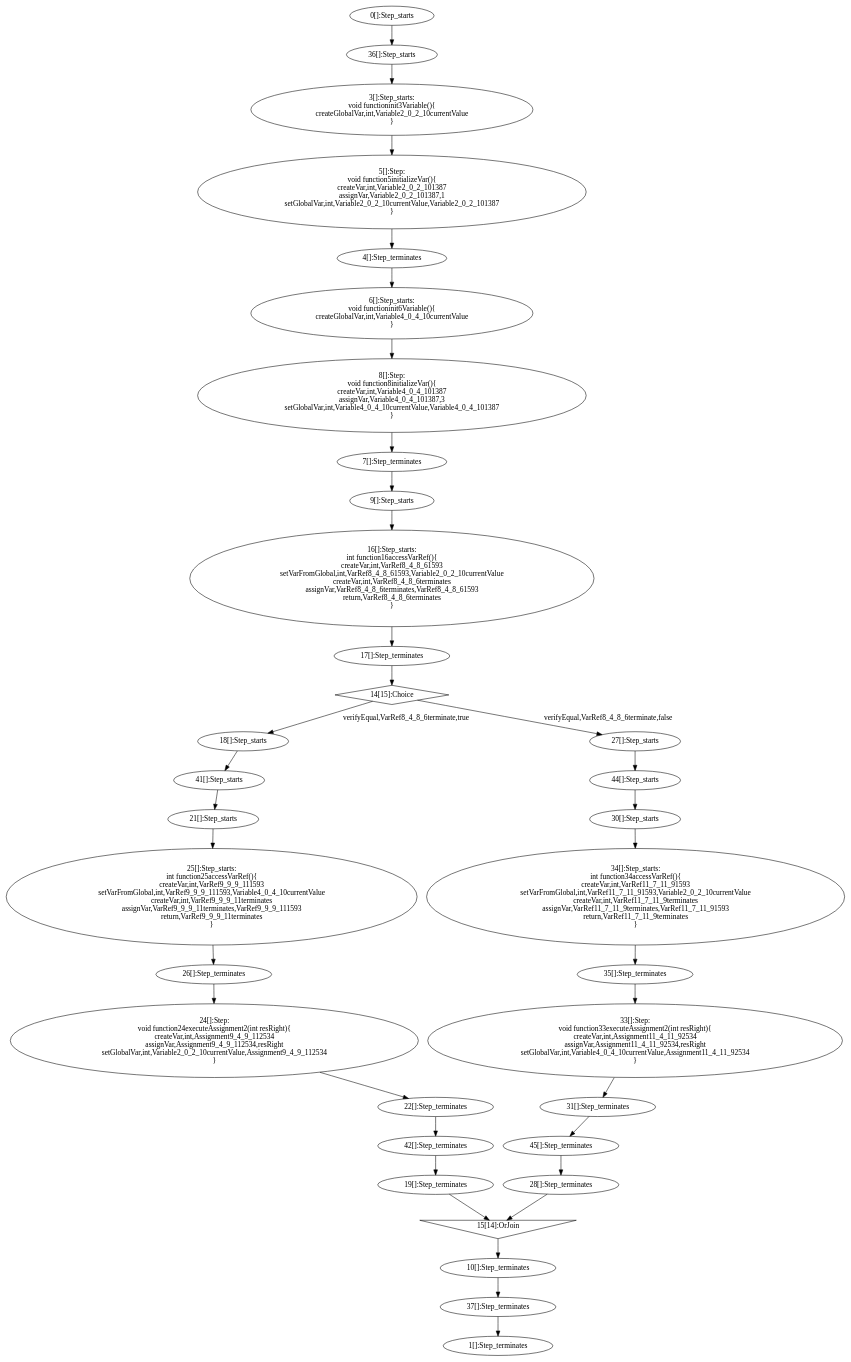
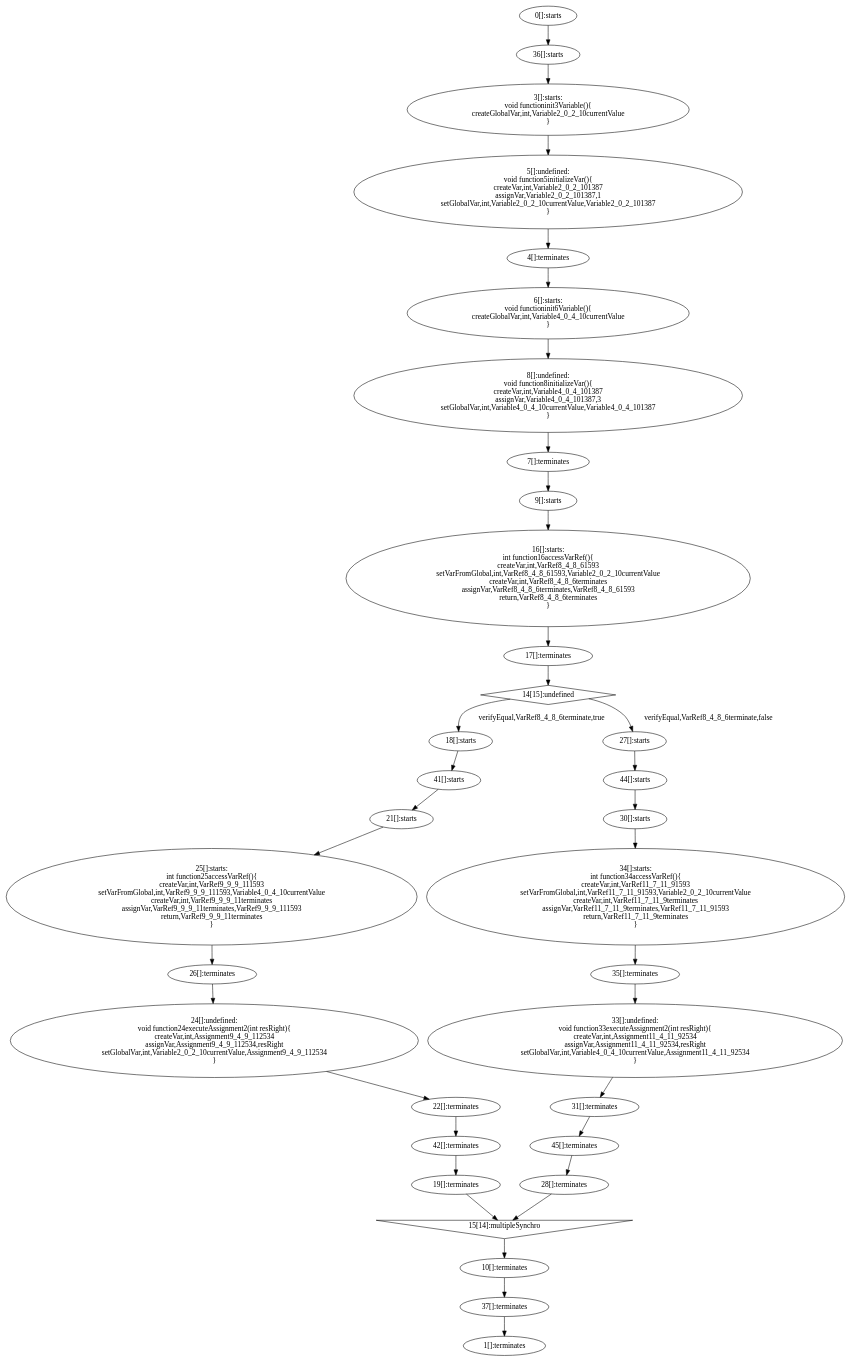
The diagram in examples/programs/generated/basictestplus.dot (jdeantoni/TCOS.lang), drawn with Graphviz before and after one commit. The commit also changed 16 other files, not shown here.

```diff
--- a/examples/programs/generated/basictestplus.dot
+++ b/examples/programs/generated/basictestplus.dot
@@ -1,117 +1,117 @@
 digraph G {
-  "0" [label="0[]:Step_starts" shape="ellipse" ];
-  "1" [label="1[]:Step_terminates" shape="ellipse" ];
-  "36" [label="36[]:Step_starts" shape="ellipse" ];
-  "37" [label="37[]:Step_terminates" shape="ellipse" ];
-  "3" [label="3[]:Step_starts:
+  "0" [label="0[]:starts" shape="ellipse" ];
+  "1" [label="1[]:terminates" shape="ellipse" ];
+  "36" [label="36[]:starts" shape="ellipse" ];
+  "37" [label="37[]:terminates" shape="ellipse" ];
+  "3" [label="3[]:starts:
 void functioninit3Variable(){
 createGlobalVar,int,Variable2_0_2_10currentValue
 }" shape="ellipse" ];
-  "4" [label="4[]:Step_terminates" shape="ellipse" ];
-  "5" [label="5[]:Step:
+  "4" [label="4[]:terminates" shape="ellipse" ];
+  "5" [label="5[]:undefined:
 void function5initializeVar(){
 createVar,int,Variable2_0_2_101387
 assignVar,Variable2_0_2_101387,1
 setGlobalVar,int,Variable2_0_2_10currentValue,Variable2_0_2_101387
 }" shape="ellipse" ];
-  "6" [label="6[]:Step_starts:
+  "6" [label="6[]:starts:
 void functioninit6Variable(){
 createGlobalVar,int,Variable4_0_4_10currentValue
 }" shape="ellipse" ];
-  "7" [label="7[]:Step_terminates" shape="ellipse" ];
-  "8" [label="8[]:Step:
+  "7" [label="7[]:terminates" shape="ellipse" ];
+  "8" [label="8[]:undefined:
 void function8initializeVar(){
 createVar,int,Variable4_0_4_101387
 assignVar,Variable4_0_4_101387,3
 setGlobalVar,int,Variable4_0_4_10currentValue,Variable4_0_4_101387
 }" shape="ellipse" ];
-  "9" [label="9[]:Step_starts" shape="ellipse" ];
-  "10" [label="10[]:Step_terminates" shape="ellipse" ];
-  "14" [label="14[15]:Choice" shape="diamond" ];
-  "15" [label="15[14]:OrJoin" shape="invtriangle" ];
-  "16" [label="16[]:Step_starts:
+  "9" [label="9[]:starts" shape="ellipse" ];
+  "10" [label="10[]:terminates" shape="ellipse" ];
+  "14" [label="14[15]:undefined" shape="diamond" ];
+  "15" [label="15[14]:multipleSynchro" shape="invtriangle" ];
+  "16" [label="16[]:starts:
 int function16accessVarRef(){
 createVar,int,VarRef8_4_8_61593
 setVarFromGlobal,int,VarRef8_4_8_61593,Variable2_0_2_10currentValue
 createVar,int,VarRef8_4_8_6terminates
 assignVar,VarRef8_4_8_6terminates,VarRef8_4_8_61593
 return,VarRef8_4_8_6terminates
 }" shape="ellipse" ];
-  "17" [label="17[]:Step_terminates" shape="ellipse" ];
-  "18" [label="18[]:Step_starts" shape="ellipse" ];
-  "19" [label="19[]:Step_terminates" shape="ellipse" ];
-  "27" [label="27[]:Step_starts" shape="ellipse" ];
-  "28" [label="28[]:Step_terminates" shape="ellipse" ];
-  "41" [label="41[]:Step_starts" shape="ellipse" ];
-  "42" [label="42[]:Step_terminates" shape="ellipse" ];
-  "44" [label="44[]:Step_starts" shape="ellipse" ];
-  "45" [label="45[]:Step_terminates" shape="ellipse" ];
-  "21" [label="21[]:Step_starts" shape="ellipse" ];
-  "22" [label="22[]:Step_terminates" shape="ellipse" ];
-  "24" [label="24[]:Step:
+  "17" [label="17[]:terminates" shape="ellipse" ];
+  "18" [label="18[]:starts" shape="ellipse" ];
+  "19" [label="19[]:terminates" shape="ellipse" ];
+  "27" [label="27[]:starts" shape="ellipse" ];
+  "28" [label="28[]:terminates" shape="ellipse" ];
+  "41" [label="41[]:starts" shape="ellipse" ];
+  "42" [label="42[]:terminates" shape="ellipse" ];
+  "44" [label="44[]:starts" shape="ellipse" ];
+  "45" [label="45[]:terminates" shape="ellipse" ];
+  "21" [label="21[]:starts" shape="ellipse" ];
+  "22" [label="22[]:terminates" shape="ellipse" ];
+  "24" [label="24[]:undefined:
 void function24executeAssignment2(int resRight){
 createVar,int,Assignment9_4_9_112534
 assignVar,Assignment9_4_9_112534,resRight
 setGlobalVar,int,Variable2_0_2_10currentValue,Assignment9_4_9_112534
 }" shape="ellipse" ];
-  "30" [label="30[]:Step_starts" shape="ellipse" ];
-  "31" [label="31[]:Step_terminates" shape="ellipse" ];
-  "33" [label="33[]:Step:
+  "30" [label="30[]:starts" shape="ellipse" ];
+  "31" [label="31[]:terminates" shape="ellipse" ];
+  "33" [label="33[]:undefined:
 void function33executeAssignment2(int resRight){
 createVar,int,Assignment11_4_11_92534
 assignVar,Assignment11_4_11_92534,resRight
 setGlobalVar,int,Variable4_0_4_10currentValue,Assignment11_4_11_92534
 }" shape="ellipse" ];
-  "25" [label="25[]:Step_starts:
+  "25" [label="25[]:starts:
 int function25accessVarRef(){
 createVar,int,VarRef9_9_9_111593
 setVarFromGlobal,int,VarRef9_9_9_111593,Variable4_0_4_10currentValue
 createVar,int,VarRef9_9_9_11terminates
 assignVar,VarRef9_9_9_11terminates,VarRef9_9_9_111593
 return,VarRef9_9_9_11terminates
 }" shape="ellipse" ];
-  "26" [label="26[]:Step_terminates" shape="ellipse" ];
-  "34" [label="34[]:Step_starts:
+  "26" [label="26[]:terminates" shape="ellipse" ];
+  "34" [label="34[]:starts:
 int function34accessVarRef(){
 createVar,int,VarRef11_7_11_91593
 setVarFromGlobal,int,VarRef11_7_11_91593,Variable2_0_2_10currentValue
 createVar,int,VarRef11_7_11_9terminates
 assignVar,VarRef11_7_11_9terminates,VarRef11_7_11_91593
 return,VarRef11_7_11_9terminates
 }" shape="ellipse" ];
-  "35" [label="35[]:Step_terminates" shape="ellipse" ];
+  "35" [label="35[]:terminates" shape="ellipse" ];
   "0" -> "36" [label=""];
   "37" -> "1" [label=""];
   "36" -> "3" [label=""];
   "4" -> "6" [label=""];
   "7" -> "9" [label=""];
   "10" -> "37" [label=""];
   "3" -> "5" [label=""];
   "5" -> "4" [label=""];
   "6" -> "8" [label=""];
   "8" -> "7" [label=""];
   "9" -> "16" [label=""];
   "17" -> "14" [label=""];
   "14" -> "18" [label="verifyEqual,VarRef8_4_8_6terminate,true"];
   "14" -> "27" [label="verifyEqual,VarRef8_4_8_6terminate,false"];
   "28" -> "15" [label=""];
   "19" -> "15" [label=""];
   "15" -> "10" [label=""];
   "16" -> "17" [label=""];
   "18" -> "41" [label=""];
   "42" -> "19" [label=""];
   "27" -> "44" [label=""];
   "45" -> "28" [label=""];
   "41" -> "21" [label=""];
   "22" -> "42" [label=""];
   "44" -> "30" [label=""];
   "31" -> "45" [label=""];
   "21" -> "25" [label=""];
   "26" -> "24" [label=""];
   "24" -> "22" [label=""];
   "30" -> "34" [label=""];
   "35" -> "33" [label=""];
   "33" -> "31" [label=""];
   "25" -> "26" [label=""];
   "34" -> "35" [label=""];
 }
```
